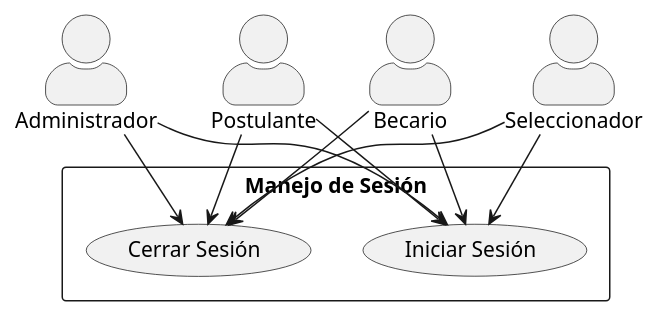
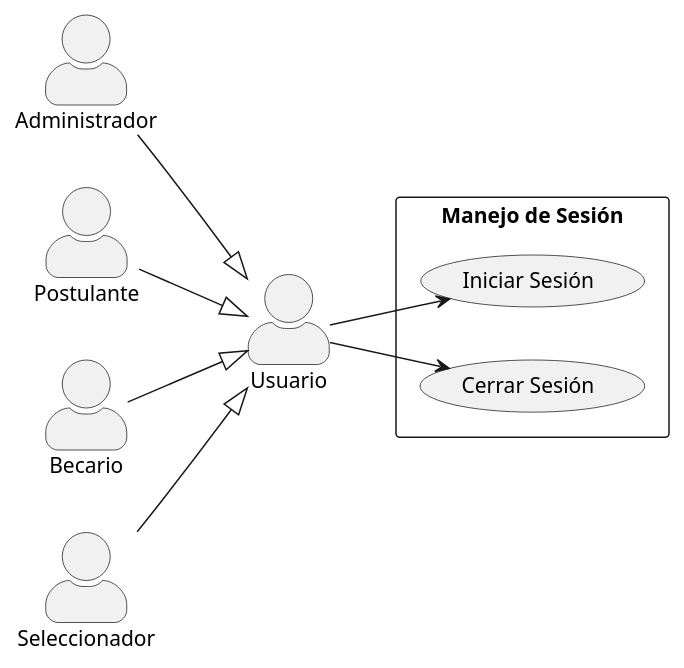
One commit to Dievex/24-25-IdSw1-SDR changed the diagram in casos_de_uso/diagramas_casos_de_uso/manejo_sesion.puml. Above: the diagram before and after it, drawn with PlantUML. The commit also changed 2 other files, not shown here.

Commit message:
docs(use-case-diagrams): update and add use case diagrams

```diff
--- a/casos_de_uso/diagramas_casos_de_uso/manejo_sesion.puml
+++ b/casos_de_uso/diagramas_casos_de_uso/manejo_sesion.puml
@@ -1,30 +1,25 @@
 @startuml
 
 skinparam actorStyle awesome
-
-' Actores del sistema
+left to right direction
+actor "Usuario" as User
 actor "Administrador" as Admin
 actor "Postulante" as Postulante
 actor "Becario" as Becario
 actor "Seleccionador" as Seleccionador
 
-' Casos de uso
 rectangle "Manejo de Sesión" {
   usecase "Iniciar Sesión" as IniciarSesion
   usecase "Cerrar Sesión" as CerrarSesion
 }
 
-' Relaciones entre actores y casos de uso
-Admin --> IniciarSesion
-Admin --> CerrarSesion
+Admin --|>  User
+Seleccionador --|>  User
+Postulante --|> User
+Becario --|> User
 
-Postulante --> IniciarSesion
-Postulante --> CerrarSesion
+User --> IniciarSesion
+User --> CerrarSesion
 
-Becario --> IniciarSesion
-Becario --> CerrarSesion
-
-Seleccionador --> IniciarSesion
-Seleccionador --> CerrarSesion
 
 @enduml
```
